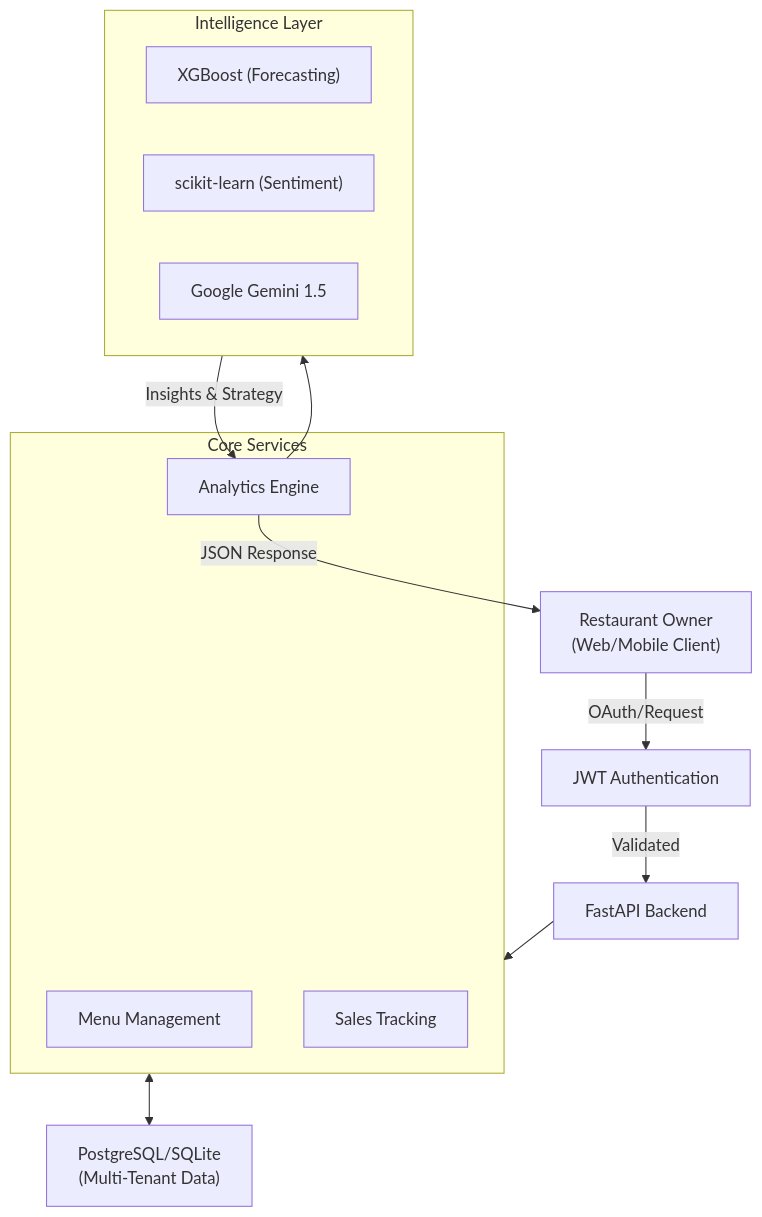
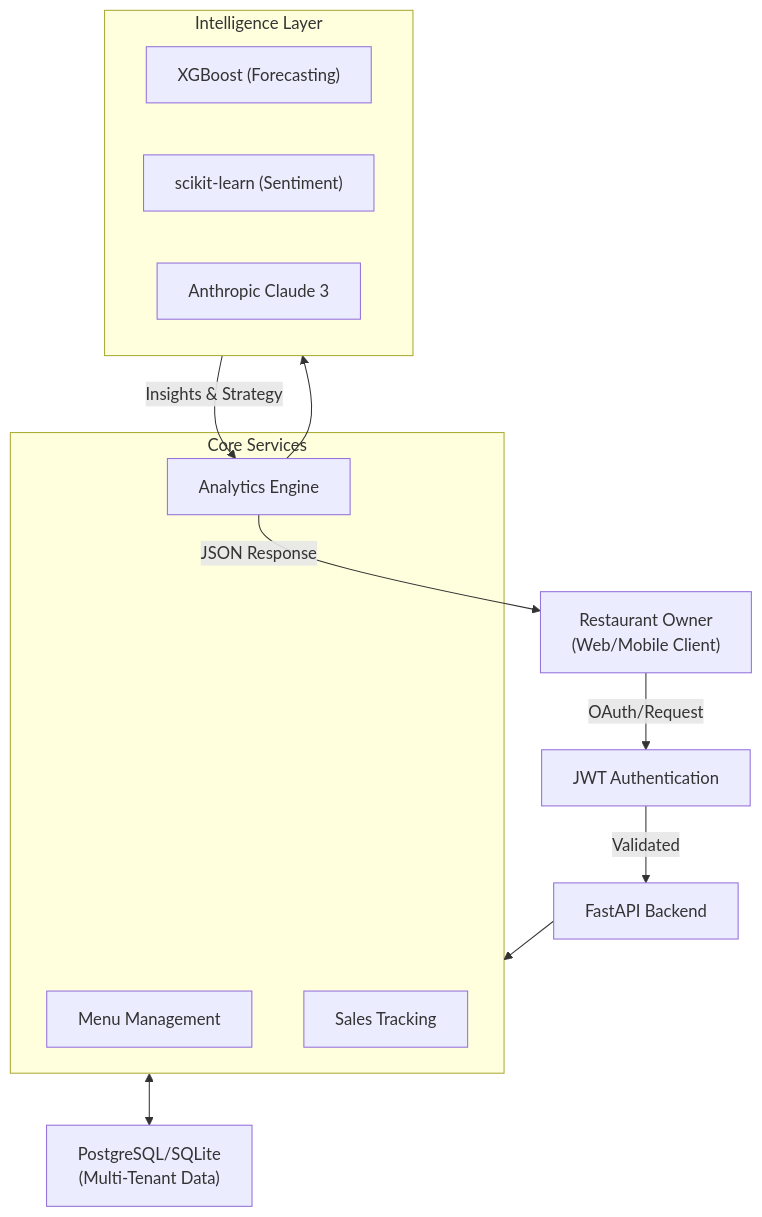
One commit to taksh1507/OpsMind-AI-Restaurant-Operations-Intelligence-System changed the diagram in README.md. Above: the diagram before and after it, drawn with Mermaid. The commit also changed other lines of this file, not shown here.

Commit message:
docs: align README with Anthropic Claude stack and verified backtest numbers

````diff
--- a/README.md
+++ b/README.md
@@ -63,28 +63,28 @@
 ```mermaid
 graph TB
     User["Restaurant Owner<br/>(Web/Mobile Client)"]
     Auth["JWT Authentication"]
     FastAPI["FastAPI Backend"]
     
     subgraph CoreServices [Core Services]
         Menu["Menu Management"]
         Sales["Sales Tracking"]
         Analytics["Analytics Engine"]
     end
     
     Database["PostgreSQL/SQLite<br/>(Multi-Tenant Data)"]
     
     subgraph IntelligenceLayer [Intelligence Layer]
         XGB["XGBoost (Forecasting)"]
         Sklearn["scikit-learn (Sentiment)"]
-        Gemini["Google Gemini 1.5"]
+        Gemini["Anthropic Claude 3"]
     end
     
     User -->|OAuth/Request| Auth
     Auth -->|Validated| FastAPI
     FastAPI --> CoreServices
     CoreServices <--> Database
     Analytics --> IntelligenceLayer
     IntelligenceLayer -->|Insights & Strategy| Analytics
     Analytics -->|JSON Response| User
 ```
````
